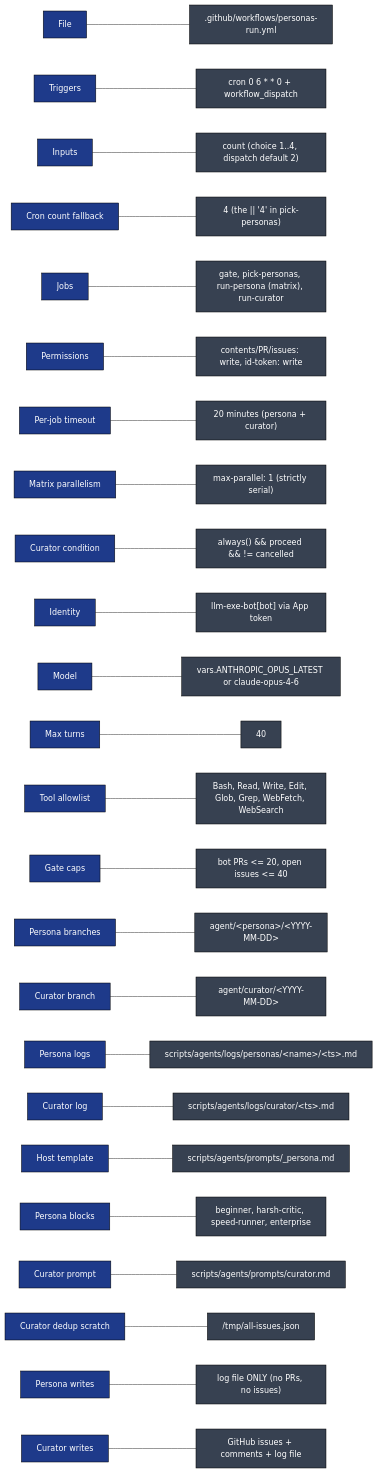
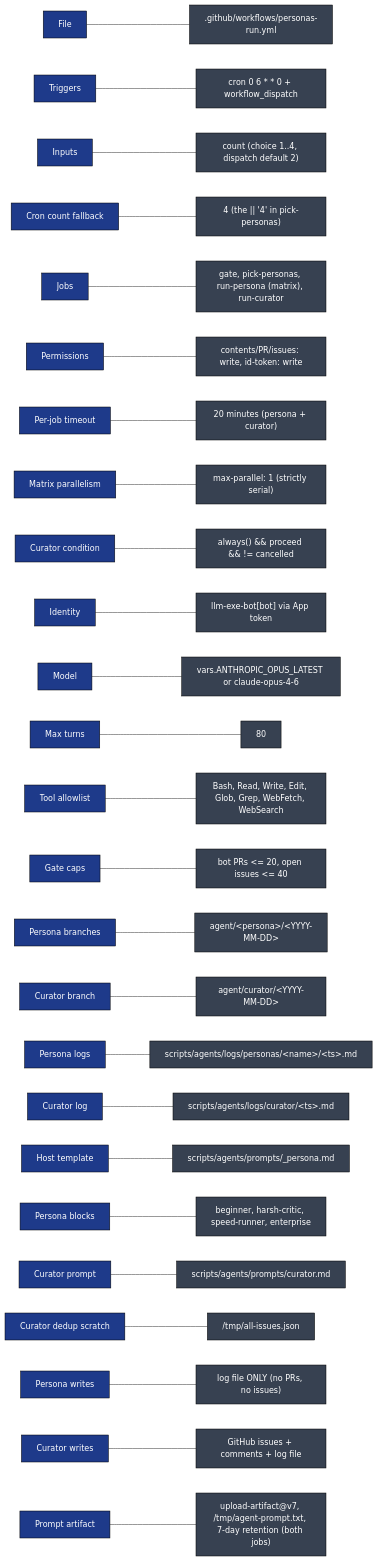
Before and after one commit to llm-exe/llm-exe: diagram 12 of 12 in .github/docs/PERSONAS_RUN_DEEP_DIVE.md, drawn with Mermaid. The commit also changed other lines of this file and 3 other files, not shown here.

````diff
--- a/.github/docs/PERSONAS_RUN_DEEP_DIVE.md
+++ b/.github/docs/PERSONAS_RUN_DEEP_DIVE.md
@@ -668,30 +671,31 @@
 ```mermaid
 flowchart LR
     classDef k fill:#1e3a8a,color:#fff,stroke:#000
     classDef v fill:#374151,color:#fff,stroke:#000
 
     K1["File"]:::k --- V1[".github/workflows/personas-run.yml"]:::v
     K2["Triggers"]:::k --- V2["cron 0 6 * * 0 + workflow_dispatch"]:::v
     K3["Inputs"]:::k --- V3["count (choice 1..4, dispatch default 2)"]:::v
     K4["Cron count fallback"]:::k --- V4["4 (the || '4' in pick-personas)"]:::v
     K5["Jobs"]:::k --- V5["gate, pick-personas, run-persona (matrix), run-curator"]:::v
     K6["Permissions"]:::k --- V6["contents/PR/issues: write, id-token: write"]:::v
     K7["Per-job timeout"]:::k --- V7["20 minutes (persona + curator)"]:::v
     K8["Matrix parallelism"]:::k --- V8["max-parallel: 1 (strictly serial)"]:::v
     K9["Curator condition"]:::k --- V9["always() && proceed && != cancelled"]:::v
     K10["Identity"]:::k --- V10["llm-exe-bot[bot] via App token"]:::v
     K11["Model"]:::k --- V11["vars.ANTHROPIC_OPUS_LATEST or claude-opus-4-6"]:::v
-    K12["Max turns"]:::k --- V12["40"]:::v
+    K12["Max turns"]:::k --- V12["80"]:::v
     K13["Tool allowlist"]:::k --- V13["Bash, Read, Write, Edit, Glob, Grep, WebFetch, WebSearch"]:::v
     K14["Gate caps"]:::k --- V14["bot PRs &lt;= 20, open issues &lt;= 40"]:::v
     K15["Persona branches"]:::k --- V15["agent/&lt;persona&gt;/&lt;YYYY-MM-DD&gt;"]:::v
     K16["Curator branch"]:::k --- V16["agent/curator/&lt;YYYY-MM-DD&gt;"]:::v
     K17["Persona logs"]:::k --- V17["scripts/agents/logs/personas/&lt;name&gt;/&lt;ts&gt;.md"]:::v
     K18["Curator log"]:::k --- V18["scripts/agents/logs/curator/&lt;ts&gt;.md"]:::v
     K19["Host template"]:::k --- V19["scripts/agents/prompts/_persona.md"]:::v
     K20["Persona blocks"]:::k --- V20["beginner, harsh-critic, speed-runner, enterprise"]:::v
     K21["Curator prompt"]:::k --- V21["scripts/agents/prompts/curator.md"]:::v
     K22["Curator dedup scratch"]:::k --- V22["/tmp/all-issues.json"]:::v
     K23["Persona writes"]:::k --- V23["log file ONLY (no PRs, no issues)"]:::v
     K24["Curator writes"]:::k --- V24["GitHub issues + comments + log file"]:::v
+    K25["Prompt artifact"]:::k --- V25["upload-artifact@v7, /tmp/agent-prompt.txt, 7-day retention (both jobs)"]:::v
 ```
````
